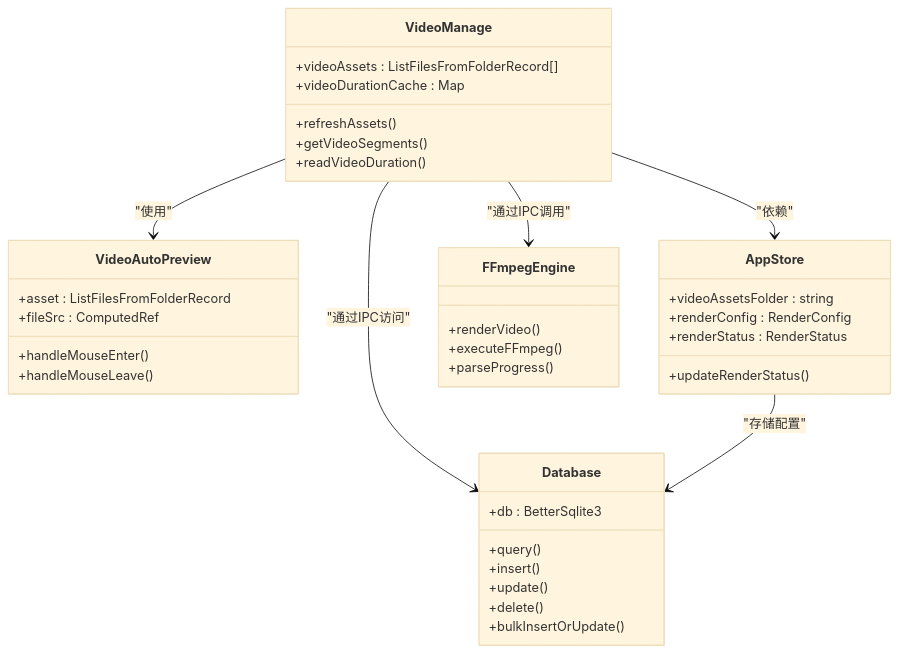
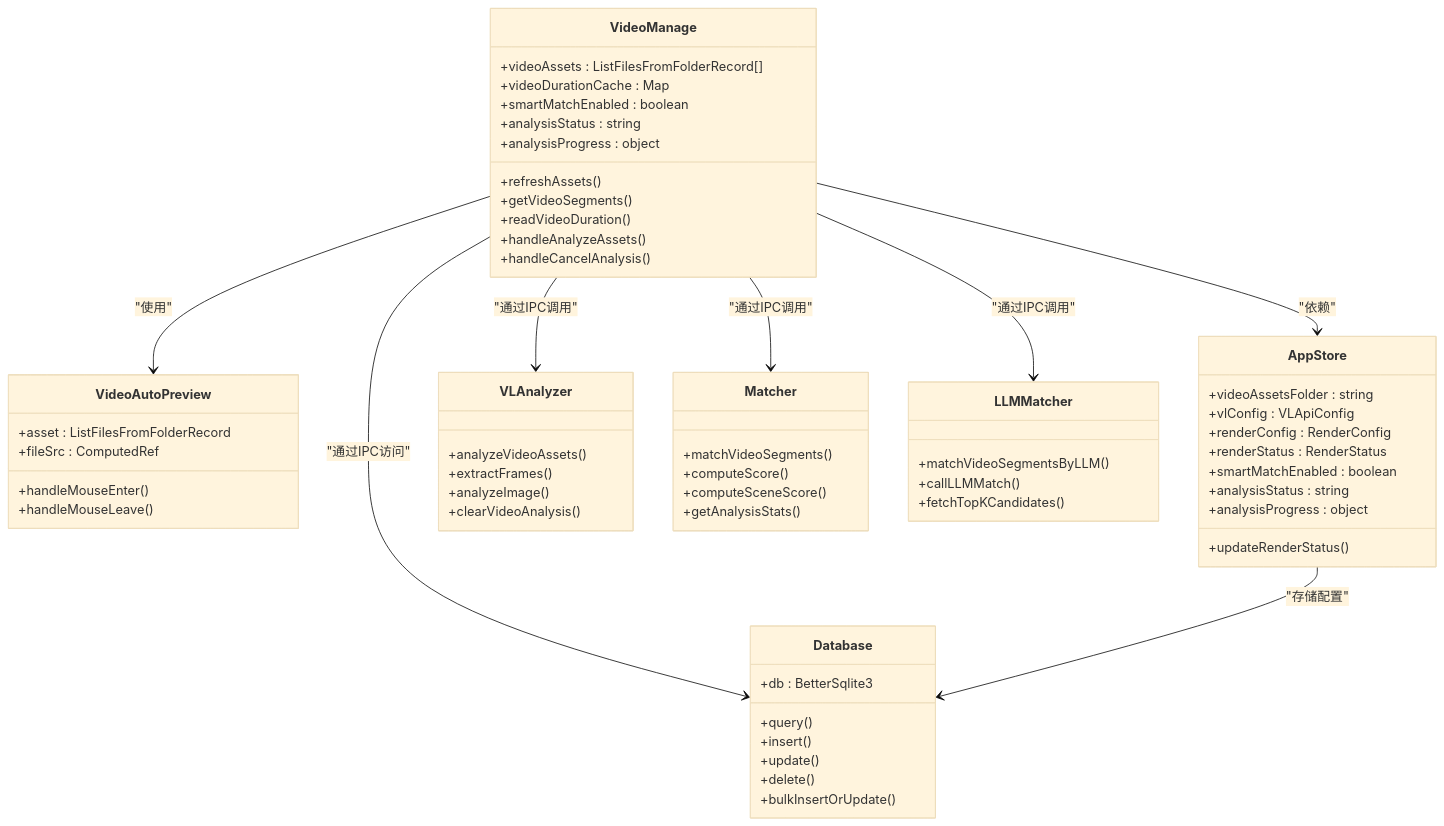
One commit to torans/crow.video changed diagram 12 of 12 in .qoder/repowiki/zh/content/UI组件系统/视频管理组件.md. Above: the diagram before and after it, drawn with Mermaid (base theme). The commit also changed other lines of this file and 35 other files, not shown here.

````diff
--- a/.qoder/repowiki/zh/content/UI组件系统/视频管理组件.md
+++ b/.qoder/repowiki/zh/content/UI组件系统/视频管理组件.md
@@ -426,40 +548,63 @@
 ```mermaid
 classDiagram
 class VideoManage {
 +videoAssets : ListFilesFromFolderRecord[]
 +videoDurationCache : Map
++smartMatchEnabled : boolean
++analysisStatus : string
++analysisProgress : object
 +refreshAssets()
 +getVideoSegments()
 +readVideoDuration()
++handleAnalyzeAssets()
++handleCancelAnalysis()
 }
 class VideoAutoPreview {
 +asset : ListFilesFromFolderRecord
 +fileSrc : ComputedRef
 +handleMouseEnter()
 +handleMouseLeave()
 }
 class AppStore {
 +videoAssetsFolder : string
++vlConfig : VLApiConfig
 +renderConfig : RenderConfig
 +renderStatus : RenderStatus
++smartMatchEnabled : boolean
++analysisStatus : string
++analysisProgress : object
 +updateRenderStatus()
 }
 class Database {
 +db : BetterSqlite3
 +query()
 +insert()
 +update()
 +delete()
 +bulkInsertOrUpdate()
 }
-class FFmpegEngine {
-+renderVideo()
-+executeFFmpeg()
-+parseProgress()
+class VLAnalyzer {
++analyzeVideoAssets()
++extractFrames()
++analyzeImage()
++clearVideoAnalysis()
+}
+class Matcher {
++matchVideoSegments()
++computeScore()
++computeSceneScore()
++getAnalysisStats()
+}
+class LLMMatcher {
++matchVideoSegmentsByLLM()
++callLLMMatch()
++fetchTopKCandidates()
 }
 VideoManage --> VideoAutoPreview : "使用"
 VideoManage --> AppStore : "依赖"
 VideoManage --> Database : "通过IPC访问"
-VideoManage --> FFmpegEngine : "通过IPC调用"
+VideoManage --> VLAnalyzer : "通过IPC调用"
+VideoManage --> Matcher : "通过IPC调用"
+VideoManage --> LLMMatcher : "通过IPC调用"
 AppStore --> Database : "存储配置"
 ```
````
